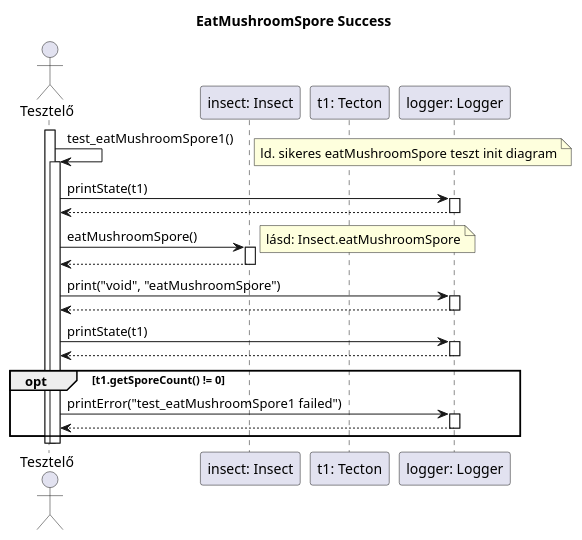
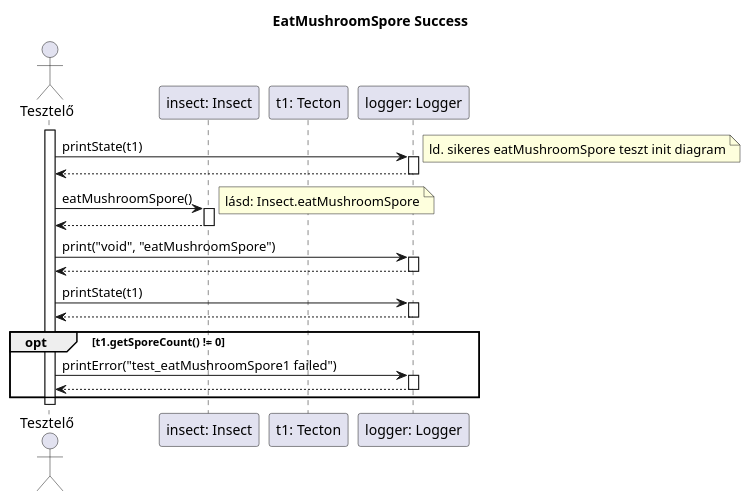
Before and after one commit to dzsem/projlab: the diagram in diagrams/test-sequence/insect/eatMushroomSpore1.plantuml, drawn with PlantUML. The commit also changed 5 other files, not shown here.

```diff
--- a/diagrams/test-sequence/insect/eatMushroomSpore1.plantuml
+++ b/diagrams/test-sequence/insect/eatMushroomSpore1.plantuml
@@ -1,51 +1,47 @@
 @startuml test_eatMushroomSpore1
 
 title EatMushroomSpore Success
 
 actor "Tesztelő" as t
 participant "insect: Insect" as i
 participant "t1: Tecton" as t1
 participant "logger: Logger" as logger
 
 activate t
-t -> t: test_eatMushroomSpore1()
+
+t -> logger: printState(t1)
 note right: ld. sikeres eatMushroomSpore teszt init diagram
-activate t
+activate logger
 
-	t -> logger: printState(t1)
+t <-- logger
+deactivate logger
+
+t -> i: eatMushroomSpore()
+activate i
+note right: lásd: Insect.eatMushroomSpore
+
+t <-- i
+deactivate i
+
+t -> logger: print("void", "eatMushroomSpore")
+activate logger
+
+t <-- logger
+deactivate logger
+
+t -> logger: printState(t1)
+activate logger
+t <-- logger
+deactivate logger
+
+opt t1.getSporeCount() != 0
+	t -> logger: printError("test_eatMushroomSpore1 failed")
 	activate logger
 
 	t <-- logger
 	deactivate logger
+end
 
-	t -> i: eatMushroomSpore()
-	activate i
-	note right: lásd: Insect.eatMushroomSpore
-
-	t <-- i
-	deactivate i
-
-	t -> logger: print("void", "eatMushroomSpore")
-	activate logger
-
-	t <-- logger
-	deactivate logger
-
-	t -> logger: printState(t1)
-	activate logger
-	t <-- logger
-	deactivate logger
-
-	opt t1.getSporeCount() != 0
-		t -> logger: printError("test_eatMushroomSpore1 failed")
-		activate logger
-
-		t <-- logger
-		deactivate logger
-	end
-
-	deactivate t
 deactivate t
 
-
 @enduml
```
